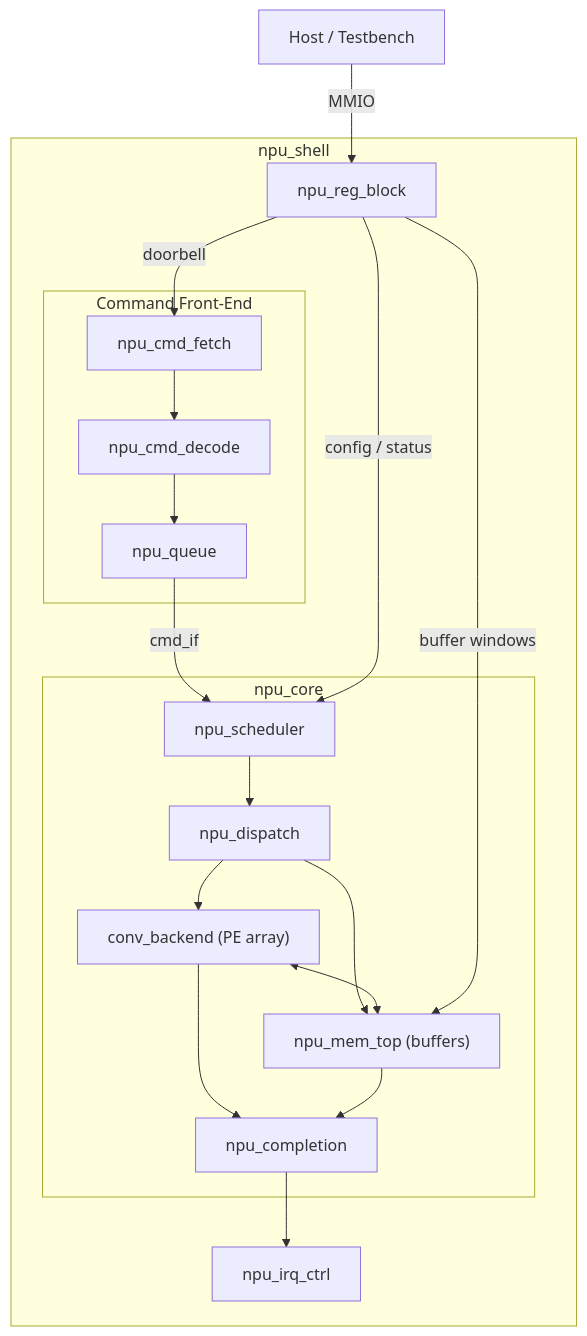
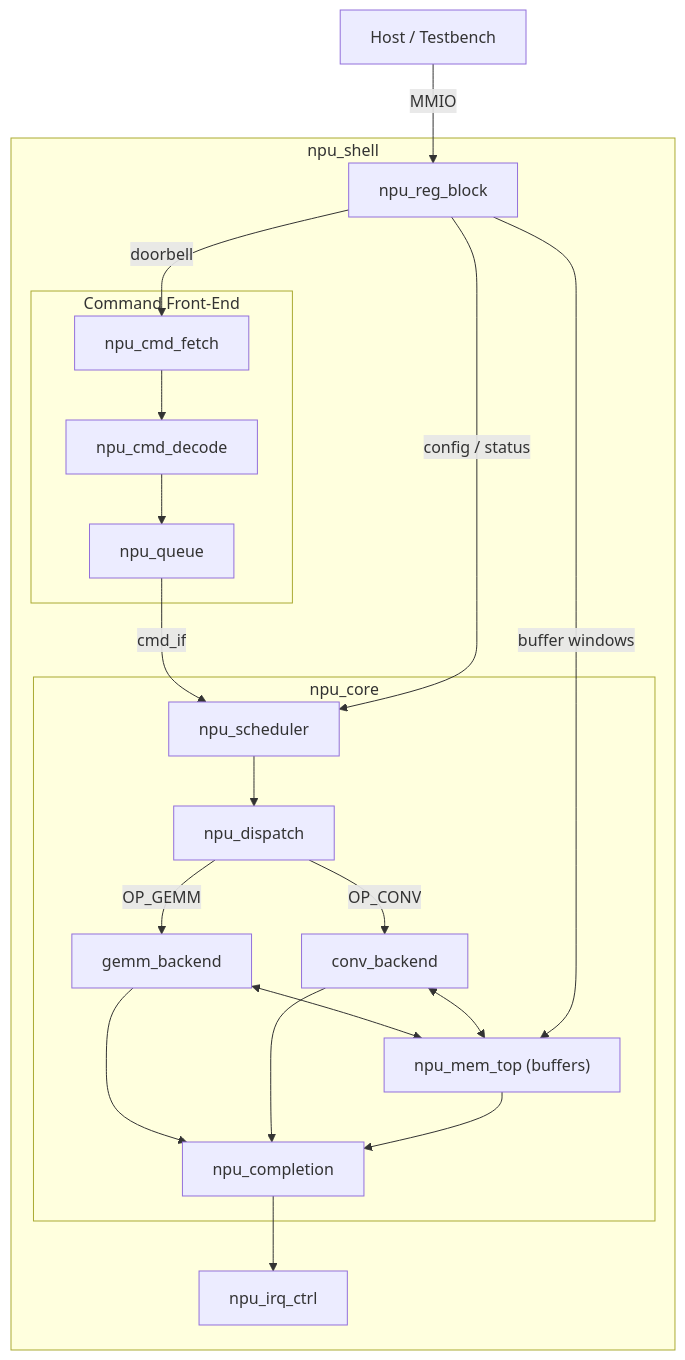
Before and after one commit to Arty3/lg-npu: the diagram in docs/arch/overview.md, drawn with Mermaid. The commit also changed other lines of this file and 13 other files, not shown here.

Commit message:
Added GEMM backend

````diff
--- a/docs/arch/overview.md
+++ b/docs/arch/overview.md
@@ -27,38 +27,41 @@
 ```mermaid
 graph TD
     Host["Host / Testbench"]
 
     Host -- MMIO --> rb
 
     subgraph shell [npu_shell]
         rb["npu_reg_block"]
 
         subgraph cmd_fe [Command Front-End]
             cf["npu_cmd_fetch"] --> cd["npu_cmd_decode"] --> q["npu_queue"]
         end
 
         rb -- doorbell --> cf
 
         subgraph core [npu_core]
             sched["npu_scheduler"]
             dispatch["npu_dispatch"]
             mem_top["npu_mem_top (buffers)"]
-            conv["conv_backend (PE array)"]
+            gemm["gemm_backend"]
+            conv["conv_backend"]
             completion["npu_completion"]
         end
 
         q -- cmd_if --> sched
         rb -- "config / status" --> sched
         sched --> dispatch
-        dispatch --> mem_top
-        dispatch --> conv
+        dispatch -- "OP_GEMM" --> gemm
+        dispatch -- "OP_CONV" --> conv
+        gemm <--> mem_top
         conv <--> mem_top
+        gemm --> completion
         conv --> completion
         mem_top --> completion
 
         irq["npu_irq_ctrl"]
         completion --> irq
     end
 
     rb -- "buffer windows" --> mem_top
 ```
````
